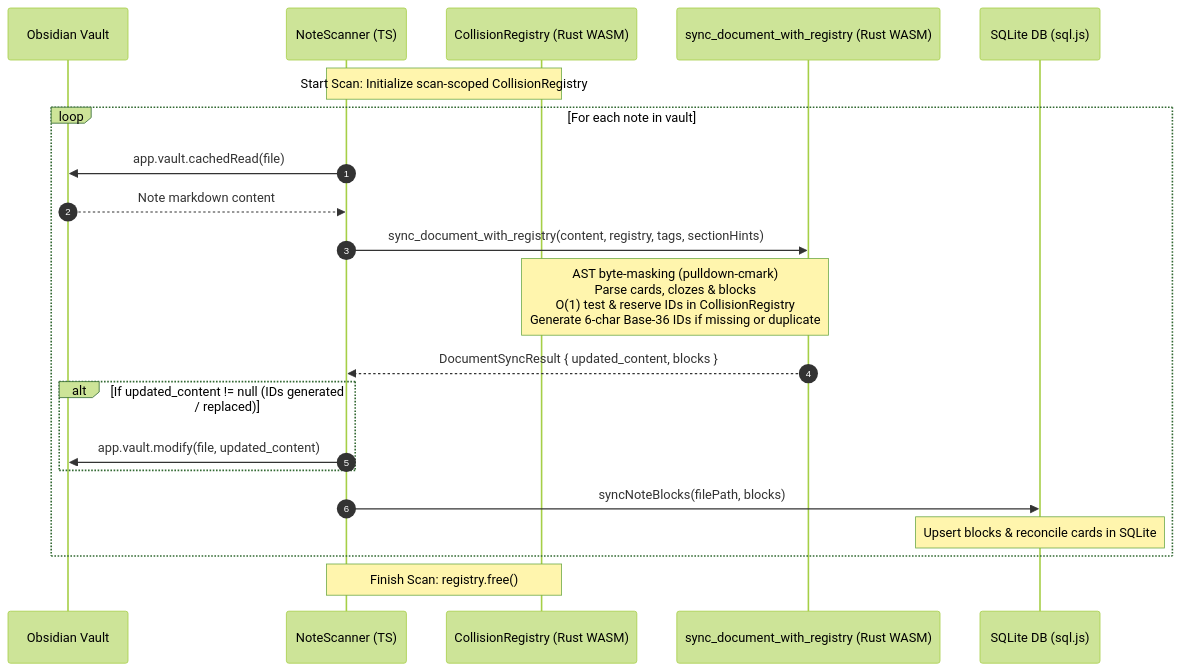
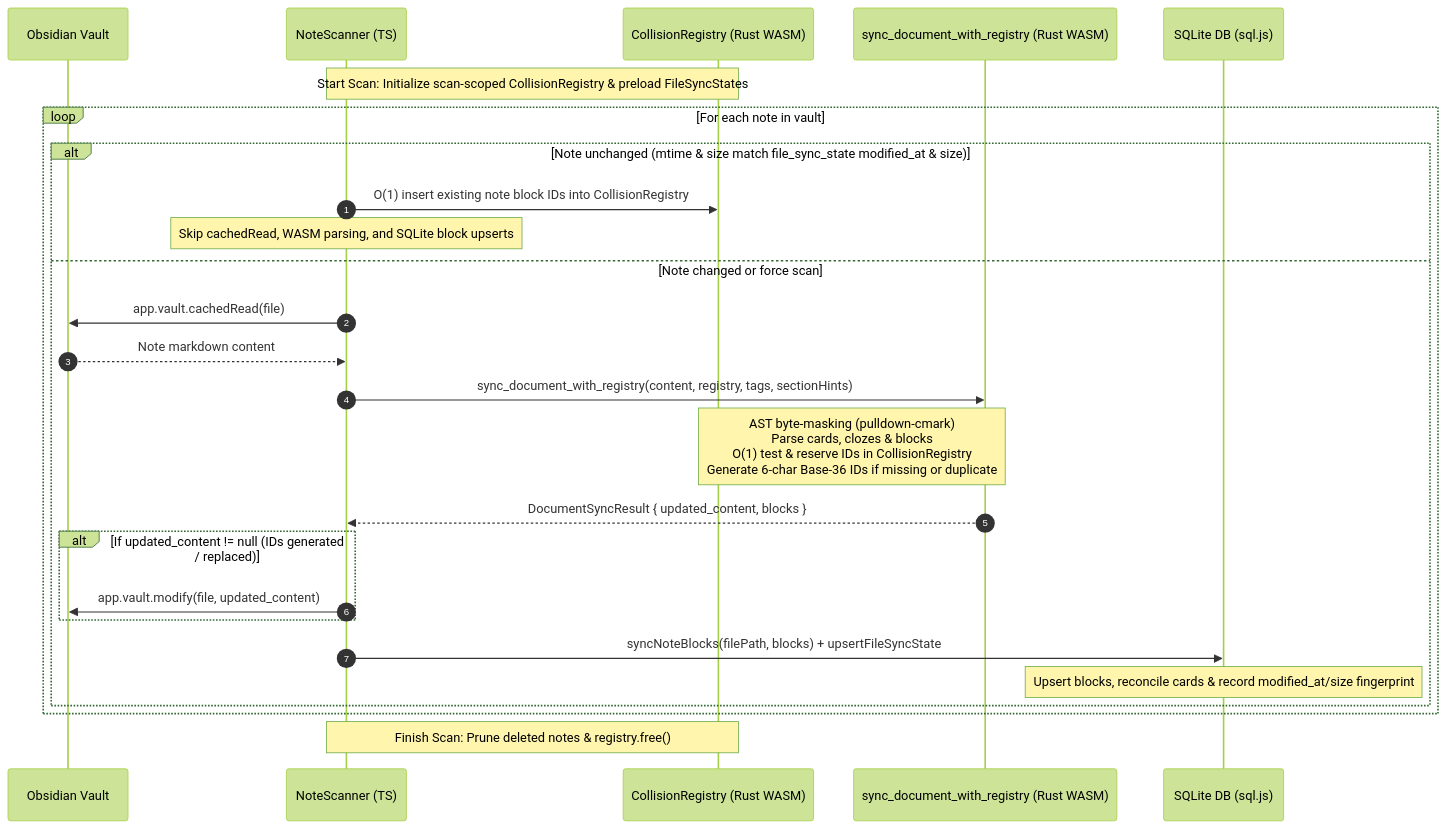
One commit to talal/obsidian-plugins changed the third of 7 diagrams in plugins/flashcards/ARCHITECTURE.md. Above: the diagram before and after it, drawn with Mermaid (forest theme). The commit also changed other lines of this file and 8 other files, not shown here.

Commit message:
flashcards: serialize scanner and scan incrementally

````diff
--- a/plugins/flashcards/ARCHITECTURE.md
+++ b/plugins/flashcards/ARCHITECTURE.md
@@ -248,26 +256,31 @@
 ```mermaid
 sequenceDiagram
     autonumber
     participant Obs as Obsidian Vault
     participant Scanner as NoteScanner (TS)
     participant Reg as CollisionRegistry (Rust WASM)
     participant WASM as sync_document_with_registry (Rust WASM)
     participant DB as SQLite DB (sql.js)
 
-    Note over Scanner,Reg: Start Scan: Initialize scan-scoped CollisionRegistry
+    Note over Scanner,Reg: Start Scan: Initialize scan-scoped CollisionRegistry & preload FileSyncStates
     loop For each note in vault
-        Scanner->>Obs: app.vault.cachedRead(file)
-        Obs-->>Scanner: Note markdown content
-        Scanner->>WASM: sync_document_with_registry(content, registry, tags, sectionHints)
-        Note over WASM,Reg: AST byte-masking (pulldown-cmark)<br/>Parse cards, clozes & blocks<br/>O(1) test & reserve IDs in CollisionRegistry<br/>Generate 6-char Base-36 IDs if missing or duplicate
-        WASM-->>Scanner: DocumentSyncResult { updated_content, blocks }
-        
-        alt If updated_content != null (IDs generated / replaced)
-            Scanner->>Obs: app.vault.modify(file, updated_content)
+        alt Note unchanged (mtime & size match file_sync_state modified_at & size)
+            Scanner->>Reg: O(1) insert existing note block IDs into CollisionRegistry
+            Note over Scanner: Skip cachedRead, WASM parsing, and SQLite block upserts
+        else Note changed or force scan
+            Scanner->>Obs: app.vault.cachedRead(file)
+            Obs-->>Scanner: Note markdown content
+            Scanner->>WASM: sync_document_with_registry(content, registry, tags, sectionHints)
+            Note over WASM,Reg: AST byte-masking (pulldown-cmark)<br/>Parse cards, clozes & blocks<br/>O(1) test & reserve IDs in CollisionRegistry<br/>Generate 6-char Base-36 IDs if missing or duplicate
+            WASM-->>Scanner: DocumentSyncResult { updated_content, blocks }
+            
+            alt If updated_content != null (IDs generated / replaced)
+                Scanner->>Obs: app.vault.modify(file, updated_content)
+            end
+
+            Scanner->>DB: syncNoteBlocks(filePath, blocks) + upsertFileSyncState
+            Note over DB: Upsert blocks, reconcile cards & record modified_at/size fingerprint
         end
-
-        Scanner->>DB: syncNoteBlocks(filePath, blocks)
-        Note over DB: Upsert blocks & reconcile cards in SQLite
     end
-    Note over Scanner,Reg: Finish Scan: registry.free()
+    Note over Scanner,Reg: Finish Scan: Prune deleted notes & registry.free()
 ```
````
